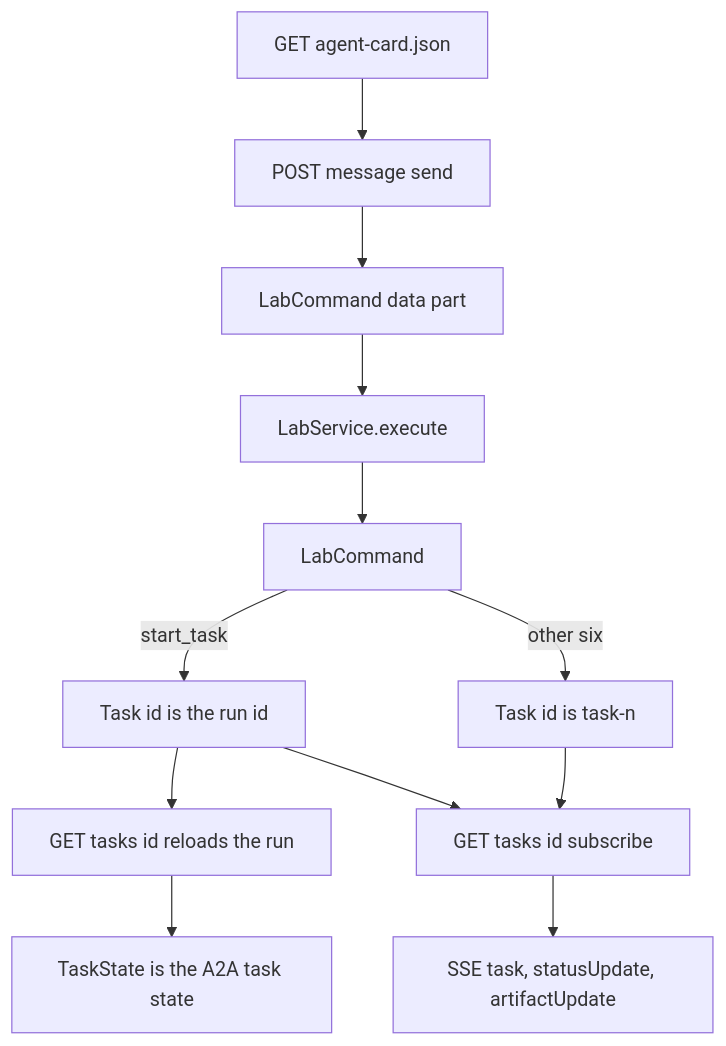
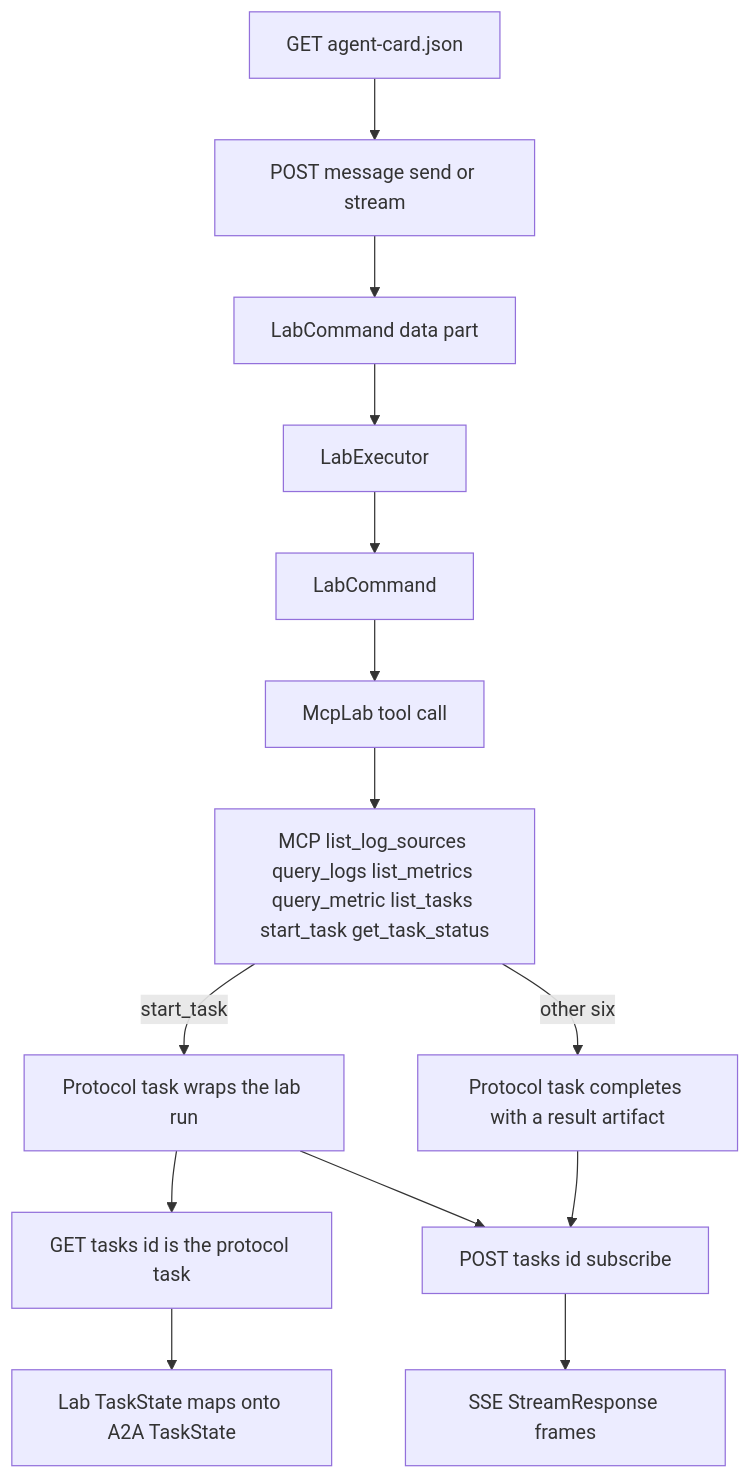
Before and after one commit to A3Analytics/a2a-lab-dev-kit-rs: the diagram in backlog/docs/reference/a2a/doc-4 - A2A.md, drawn with Mermaid. The commit also changed other lines of this file and 29 other files, not shown here.

````diff
--- a/backlog/docs/reference/a2a/doc-4 - A2A.md
+++ b/backlog/docs/reference/a2a/doc-4 - A2A.md
@@ -17,14 +17,16 @@
 ```mermaid
 flowchart TD
-  card["GET agent-card.json"] --> send["POST message send"]
+  card["GET agent-card.json"] --> send["POST message send or stream"]
   send --> command["LabCommand data part"]
-  command --> exec["LabService.execute"]
+  command --> exec["LabExecutor"]
   exec --> kind["LabCommand"]
-  kind -->|start_task| runTask["Task id is the run id"]
-  kind -->|other six| doneTask["Task id is task-n"]
-  runTask --> reload["GET tasks id reloads the run"]
-  reload --> mapped["TaskState is the A2A task state"]
-  runTask --> sse["GET tasks id subscribe"]
+  kind --> mcpLab["McpLab tool call"]
+  mcpLab --> tools["MCP list_log_sources query_logs list_metrics query_metric list_tasks start_task get_task_status"]
+  tools -->|start_task| runTask["Protocol task wraps the lab run"]
+  tools -->|other six| doneTask["Protocol task completes with a result artifact"]
+  runTask --> reload["GET tasks id is the protocol task"]
+  reload --> mapped["Lab TaskState maps onto A2A TaskState"]
+  runTask --> sse["POST tasks id subscribe"]
   doneTask --> sse
-  sse --> events["SSE task, statusUpdate, artifactUpdate"]
+  sse --> events["SSE StreamResponse frames"]
 ```
````
